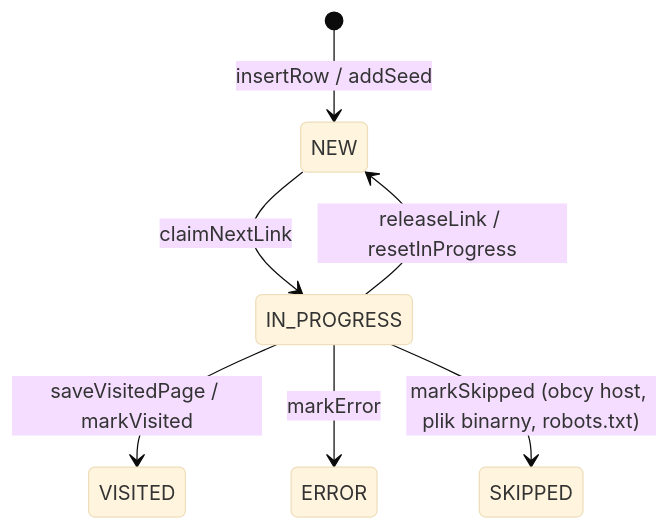
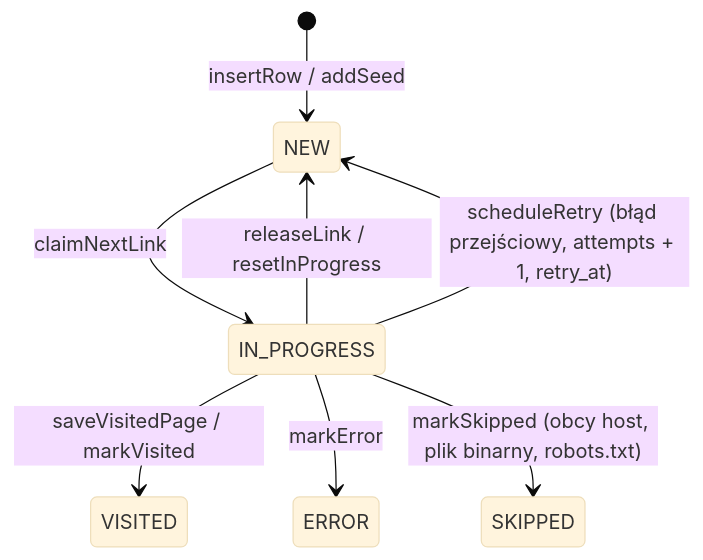
Before and after one commit to maciejHash/WebCrawler: the first of 2 diagrams in README.md, drawn with Mermaid (base theme). The commit also changed other lines of this file and 14 other files, not shown here.

Commit message:
Adding retries for transient fetch errors (timeouts, refused connections, HTTP 429/5xx) with exponential backoff, --retries option and schema migration 2 (attempts, retry_at)

````diff
--- a/README.md
+++ b/README.md
@@ -223,9 +274,10 @@
 ```mermaid
 stateDiagram-v2
     [*] --> NEW: insertRow / addSeed
     NEW --> IN_PROGRESS: claimNextLink
     IN_PROGRESS --> VISITED: saveVisitedPage / markVisited
     IN_PROGRESS --> ERROR: markError
     IN_PROGRESS --> SKIPPED: markSkipped (obcy host, plik binarny, robots.txt)
     IN_PROGRESS --> NEW: releaseLink / resetInProgress
+    IN_PROGRESS --> NEW: scheduleRetry (błąd przejściowy, attempts + 1, retry_at)
 ```
````
